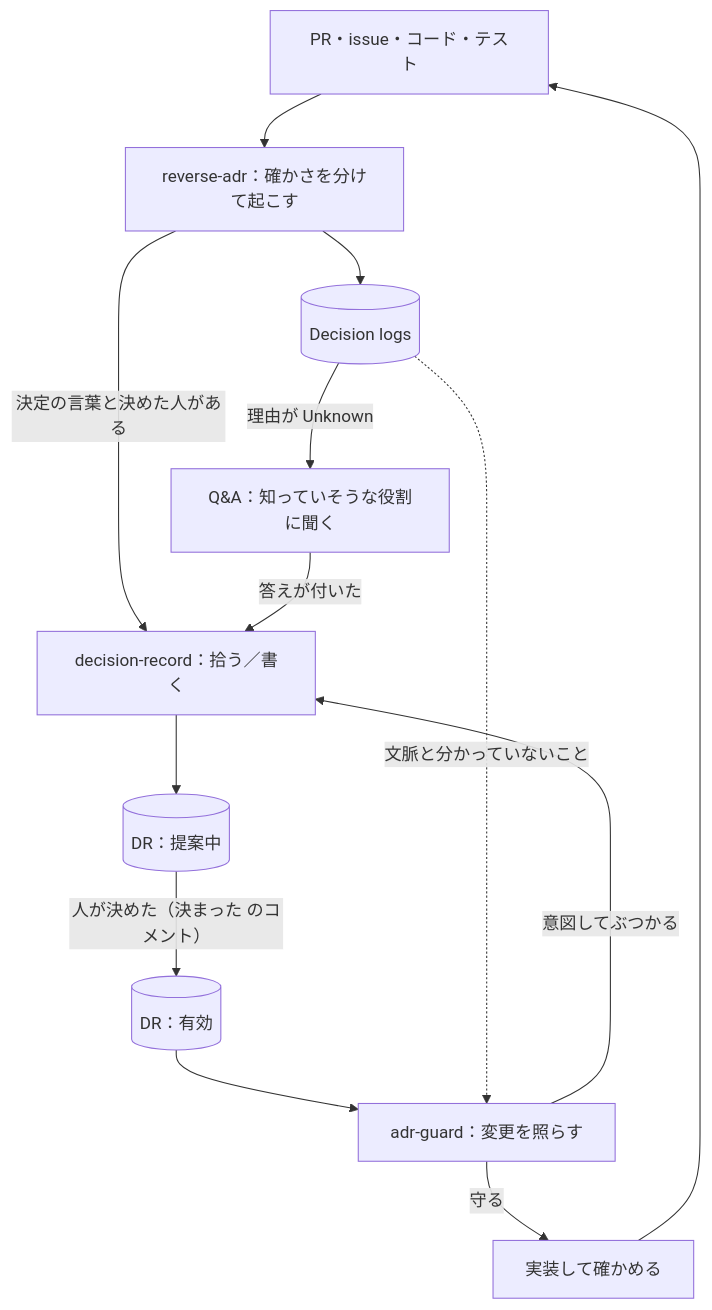
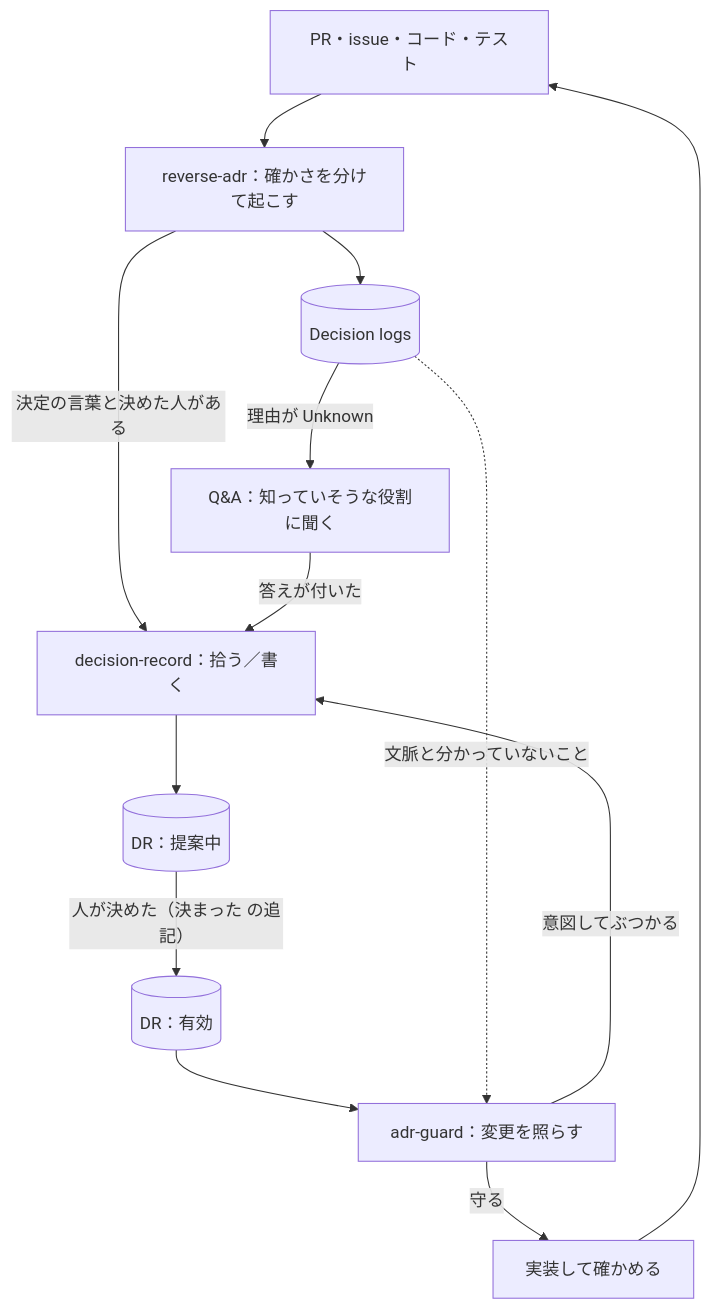
The diagram in adr/guide.md (MichinaoShimizu/decision-continuity), drawn with Mermaid before and after one commit. The commit also changed other lines of this file and 22 other files, not shown here.

````diff
--- a/adr/guide.md
+++ b/adr/guide.md
@@ -19,15 +19,15 @@
 ```mermaid
 flowchart TD
     S["PR・issue・コード・テスト"] --> R["reverse-adr：確かさを分けて起こす"]
     R --> L[("Decision logs")]
     R -- "決定の言葉と決めた人がある" --> P
     L -- "理由が Unknown" --> Q["Q&A：知っていそうな役割に聞く"]
     Q -- "答えが付いた" --> P["decision-record：拾う／書く"]
     P --> D[("DR：提案中")]
-    D -- "人が決めた（決まった のコメント）" --> A[("DR：有効")]
+    D -- "人が決めた（決まった の追記）" --> A[("DR：有効")]
     A --> G["adr-guard：変更を照らす"]
     L -. "文脈と分かっていないこと" .-> G
     G -- "守る" --> I["実装して確かめる"]
     G -- "意図してぶつかる" --> P
     I --> S
 ```
````
